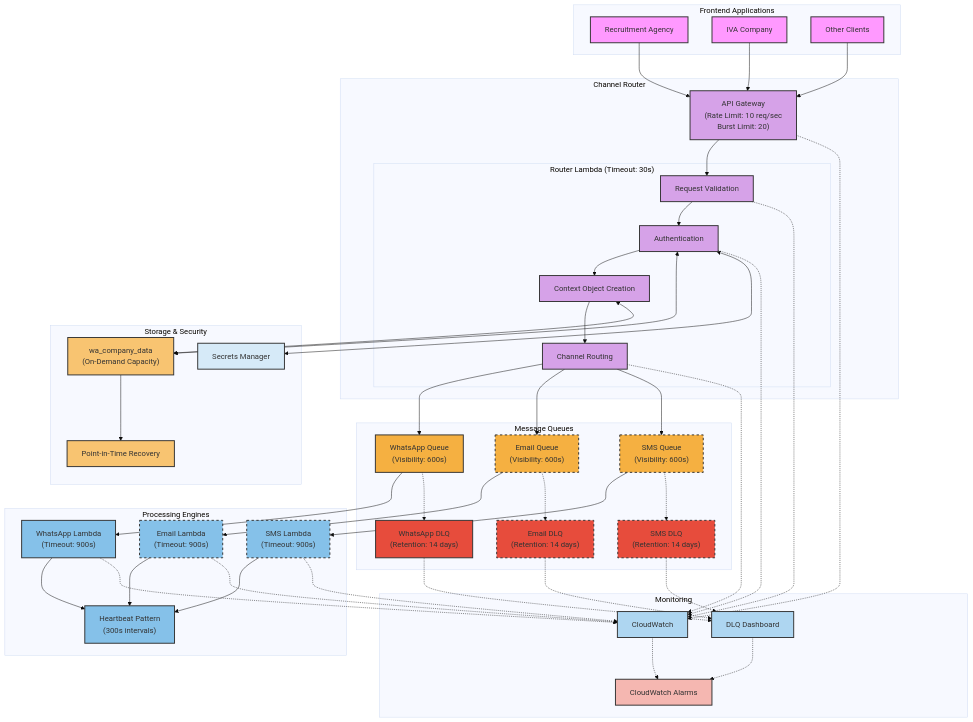
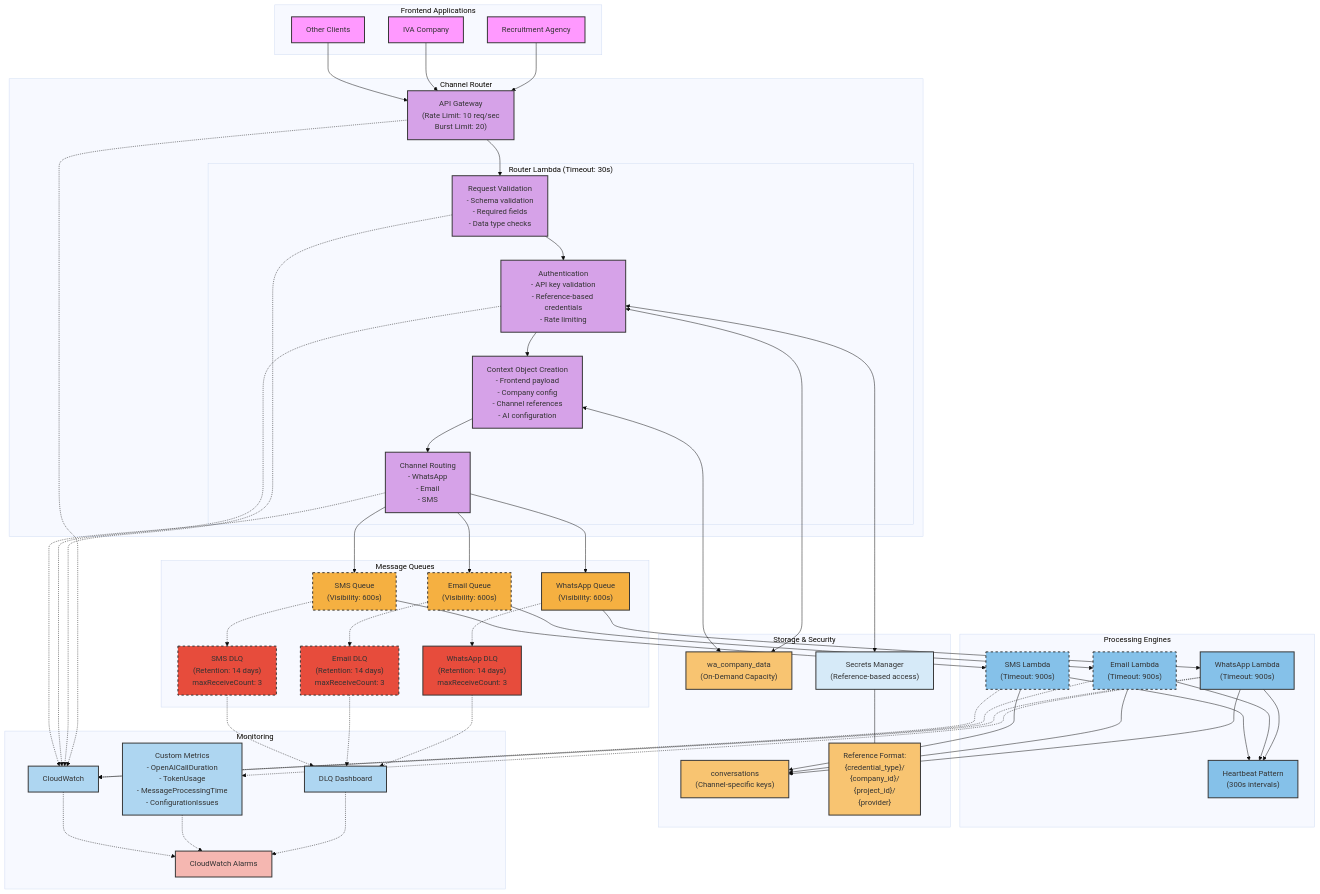
Before and after one commit to junksamiad/template-sender-engine: the second of 6 diagrams in hld/diagrams-v1.0.md, drawn with Mermaid (base theme). The commit also changed other lines of this file and 8 other files, not shown here.

Commit message:
Update documentation and diagrams, remove outdated files

````diff
--- a/hld/diagrams-v1.0.md
+++ b/hld/diagrams-v1.0.md
@@ -113,10 +124,10 @@
         APIG["API Gateway<br/>(Rate Limit: 10 req/sec<br/>Burst Limit: 20)"]
         
         subgraph "Router Lambda (Timeout: 30s)"
-            VAL["Request Validation"]
-            AUTH["Authentication"]
-            CONTEXT["Context Object Creation"]
-            ROUTE["Channel Routing"]
+            VAL["Request Validation<br/>- Schema validation<br/>- Required fields<br/>- Data type checks"]
+            AUTH["Authentication<br/>- API key validation<br/>- Reference-based credentials<br/>- Rate limiting"]
+            CONTEXT["Context Object Creation<br/>- Frontend payload<br/>- Company config<br/>- Channel references<br/>- AI configuration"]
+            ROUTE["Channel Routing<br/>- WhatsApp<br/>- Email<br/>- SMS"]
         end
     end
     
@@ -125,9 +136,9 @@
         EQ["Email Queue<br/>(Visibility: 600s)"]
         SQ["SMS Queue<br/>(Visibility: 600s)"]
         
-        WDLQ["WhatsApp DLQ<br/>(Retention: 14 days)"]
-        EDLQ["Email DLQ<br/>(Retention: 14 days)"]
-        SDLQ["SMS DLQ<br/>(Retention: 14 days)"]
+        WDLQ["WhatsApp DLQ<br/>(Retention: 14 days)<br/>maxReceiveCount: 3"]
+        EDLQ["Email DLQ<br/>(Retention: 14 days)<br/>maxReceiveCount: 3"]
+        SDLQ["SMS DLQ<br/>(Retention: 14 days)<br/>maxReceiveCount: 3"]
     end
     
     subgraph "Processing Engines"
@@ -140,12 +151,14 @@
     
     subgraph "Storage & Security"
         DDB["wa_company_data<br/>(On-Demand Capacity)"]
-        PITR["Point-in-Time Recovery"]
-        SM["Secrets Manager"]
+        CONVODB["conversations<br/>(Channel-specific keys)"]
+        SM["Secrets Manager<br/>(Reference-based access)"]
+        REF["Reference Format:<br/>{credential_type}/<br/>{company_id}/<br/>{project_id}/<br/>{provider}"]
     end
     
     subgraph "Monitoring"
         CW["CloudWatch"]
+        CWMETRICS["Custom Metrics<br/>- OpenAICallDuration<br/>- TokenUsage<br/>- MessageProcessingTime<br/>- ConfigurationIssues"]
         DLQM["DLQ Dashboard"]
         ALARMS["CloudWatch Alarms"]
     end
@@ -162,6 +175,7 @@
     AUTH <--> DDB
     AUTH <--> SM
     CONTEXT <--> DDB
+    SM --- REF
     
     ROUTE --> WQ
     ROUTE --> EQ
@@ -175,25 +189,30 @@
     EL --> HB
     SL --> HB
     
+    WL --> CONVODB
+    EL --> CONVODB
+    SL --> CONVODB
+    
     WQ -.-> WDLQ
     EQ -.-> EDLQ
     SQ -.-> SDLQ
     
-    DDB --> PITR
+    WL -.-> CW
+    WL -.-> CWMETRICS
+    EL -.-> CW
+    SL -.-> CW
     
     APIG -.-> CW
     VAL -.-> CW
     AUTH -.-> CW
     ROUTE -.-> CW
-    WL -.-> CW
-    EL -.-> CW
-    SL -.-> CW
     
     WDLQ -.-> DLQM
     EDLQ -.-> DLQM
     SDLQ -.-> DLQM
     
     DLQM -.-> ALARMS
+    CWMETRICS -.-> ALARMS
     CW -.-> ALARMS
     
     style FA1 fill:#f9f,stroke:#333,stroke-width:2px
@@ -215,9 +234,11 @@
     style SL fill:#85C1E9,stroke:#333,stroke-width:2px,stroke-dasharray: 5 5
     style HB fill:#85C1E9,stroke:#333,stroke-width:2px
     style DDB fill:#F8C471,stroke:#333,stroke-width:2px
-    style PITR fill:#F8C471,stroke:#333,stroke-width:2px
+    style CONVODB fill:#F8C471,stroke:#333,stroke-width:2px
+    style REF fill:#F8C471,stroke:#333,stroke-width:2px
     style SM fill:#D6EAF8,stroke:#333,stroke-width:2px
     style CW fill:#AED6F1,stroke:#333,stroke-width:2px
+    style CWMETRICS fill:#AED6F1,stroke:#333,stroke-width:2px
     style DLQM fill:#AED6F1,stroke:#333,stroke-width:2px
     style ALARMS fill:#F5B7B1,stroke:#333,stroke-width:2px
 ```
````
